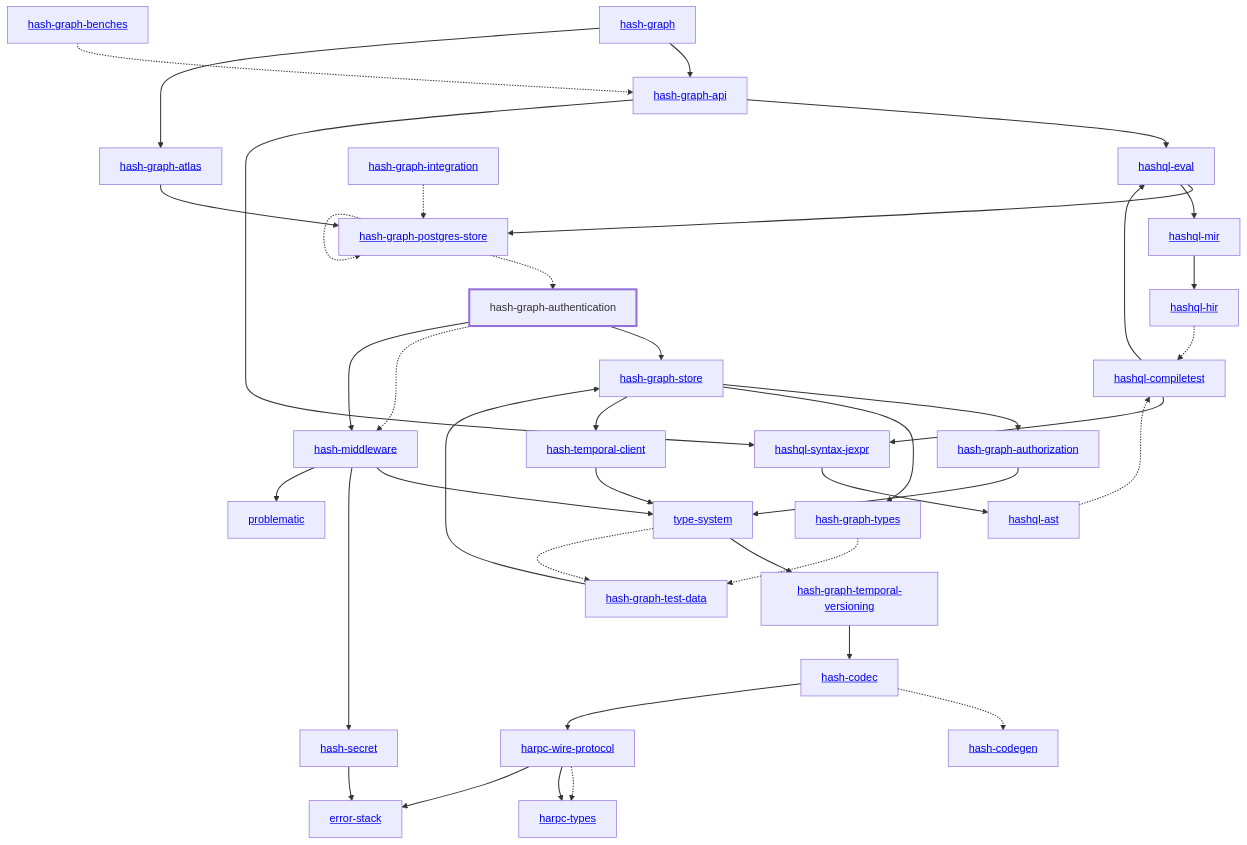
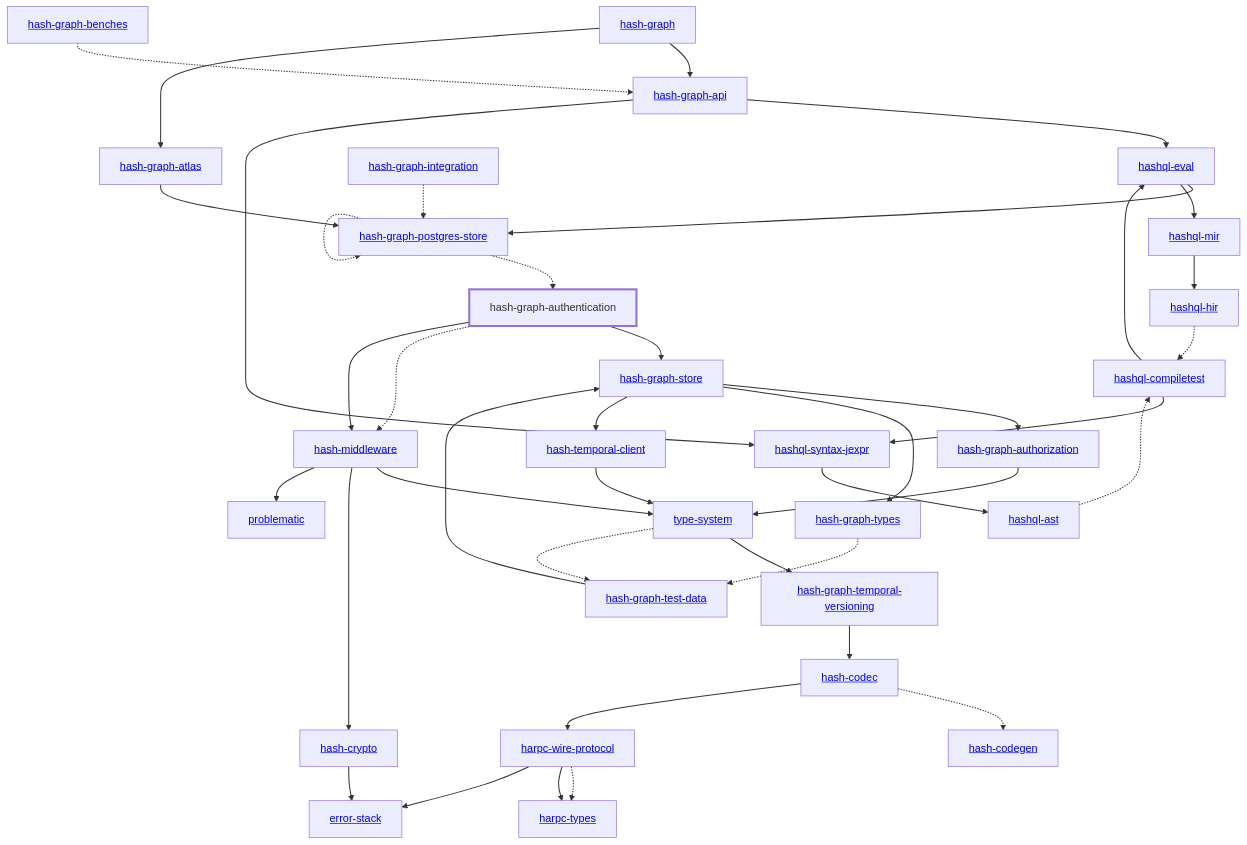
Before and after one commit to hashintel/hash: the diagram in libs/@local/graph/authentication/docs/dependency-diagram.mmd, drawn with Mermaid. The commit also changed 138 other files, not shown here.

Commit message:
Rename hash-secret to hash-crypto

```diff
--- a/libs/@local/graph/authentication/docs/dependency-diagram.mmd
+++ b/libs/@local/graph/authentication/docs/dependency-diagram.mmd
@@ -1,78 +1,78 @@
 graph TD
     linkStyle default stroke-width:1.5px
     classDef default stroke-width:1px
     classDef root stroke-width:3px
     classDef dev stroke-width:1px
     classDef build stroke-width:1px
     %% Legend
     %% --> : Normal dependency
     %% -.-> : Dev dependency
     %% ---> : Build dependency
     0[<a href="../hash_graph/index.html">hash-graph</a>]
     1[<a href="../type_system/index.html">type-system</a>]
     2[<a href="../hash_codec/index.html">hash-codec</a>]
     3[<a href="../hash_codegen/index.html">hash-codegen</a>]
-    4[<a href="../hash_graph_api/index.html">hash-graph-api</a>]
-    5[<a href="../hash_graph_atlas/index.html">hash-graph-atlas</a>]
-    6[hash-graph-authentication]
-    class 6 root
-    7[<a href="../hash_graph_authorization/index.html">hash-graph-authorization</a>]
-    8[<a href="../hash_graph_postgres_store/index.html">hash-graph-postgres-store</a>]
-    9[<a href="../hash_graph_store/index.html">hash-graph-store</a>]
-    10[<a href="../hash_graph_temporal_versioning/index.html">hash-graph-temporal-versioning</a>]
-    11[<a href="../hash_graph_types/index.html">hash-graph-types</a>]
-    12[<a href="../harpc_types/index.html">harpc-types</a>]
-    13[<a href="../harpc_wire_protocol/index.html">harpc-wire-protocol</a>]
-    14[<a href="../hashql_ast/index.html">hashql-ast</a>]
-    15[<a href="../hashql_compiletest/index.html">hashql-compiletest</a>]
-    16[<a href="../hashql_eval/index.html">hashql-eval</a>]
-    17[<a href="../hashql_hir/index.html">hashql-hir</a>]
-    18[<a href="../hashql_mir/index.html">hashql-mir</a>]
-    19[<a href="../hashql_syntax_jexpr/index.html">hashql-syntax-jexpr</a>]
-    20[<a href="../hash_middleware/index.html">hash-middleware</a>]
-    21[<a href="../hash_secret/index.html">hash-secret</a>]
+    4[<a href="../hash_crypto/index.html">hash-crypto</a>]
+    5[<a href="../hash_graph_api/index.html">hash-graph-api</a>]
+    6[<a href="../hash_graph_atlas/index.html">hash-graph-atlas</a>]
+    7[hash-graph-authentication]
+    class 7 root
+    8[<a href="../hash_graph_authorization/index.html">hash-graph-authorization</a>]
+    9[<a href="../hash_graph_postgres_store/index.html">hash-graph-postgres-store</a>]
+    10[<a href="../hash_graph_store/index.html">hash-graph-store</a>]
+    11[<a href="../hash_graph_temporal_versioning/index.html">hash-graph-temporal-versioning</a>]
+    12[<a href="../hash_graph_types/index.html">hash-graph-types</a>]
+    13[<a href="../harpc_types/index.html">harpc-types</a>]
+    14[<a href="../harpc_wire_protocol/index.html">harpc-wire-protocol</a>]
+    15[<a href="../hashql_ast/index.html">hashql-ast</a>]
+    16[<a href="../hashql_compiletest/index.html">hashql-compiletest</a>]
+    17[<a href="../hashql_eval/index.html">hashql-eval</a>]
+    18[<a href="../hashql_hir/index.html">hashql-hir</a>]
+    19[<a href="../hashql_mir/index.html">hashql-mir</a>]
+    20[<a href="../hashql_syntax_jexpr/index.html">hashql-syntax-jexpr</a>]
+    21[<a href="../hash_middleware/index.html">hash-middleware</a>]
     22[<a href="../hash_temporal_client/index.html">hash-temporal-client</a>]
     23[<a href="../error_stack/index.html">error-stack</a>]
     24[<a href="../problematic/index.html">problematic</a>]
     25[<a href="../hash_graph_benches/index.html">hash-graph-benches</a>]
     26[<a href="../hash_graph_integration/index.html">hash-graph-integration</a>]
     27[<a href="../hash_graph_test_data/index.html">hash-graph-test-data</a>]
-    0 --> 4
     0 --> 5
-    1 --> 10
+    0 --> 6
+    1 --> 11
     1 -.-> 27
     2 -.-> 3
-    2 --> 13
-    4 --> 16
-    4 --> 19
-    5 --> 8
+    2 --> 14
+    4 --> 23
+    5 --> 17
+    5 --> 20
     6 --> 9
-    6 -.-> 20
-    6 --> 20
-    7 --> 1
-    8 -.-> 6
-    8 -.-> 8
-    9 --> 7
-    9 --> 11
-    9 --> 22
-    10 --> 2
-    11 -.-> 27
-    13 -.-> 12
-    13 --> 12
-    13 --> 23
-    14 -.-> 15
-    15 --> 16
-    15 --> 19
-    16 --> 8
-    16 --> 18
-    17 -.-> 15
-    18 --> 17
-    19 --> 14
-    20 --> 1
-    20 --> 21
-    20 --> 24
-    21 --> 23
+    7 --> 10
+    7 -.-> 21
+    7 --> 21
+    8 --> 1
+    9 -.-> 7
+    9 -.-> 9
+    10 --> 8
+    10 --> 12
+    10 --> 22
+    11 --> 2
+    12 -.-> 27
+    14 -.-> 13
+    14 --> 13
+    14 --> 23
+    15 -.-> 16
+    16 --> 17
+    16 --> 20
+    17 --> 9
+    17 --> 19
+    18 -.-> 16
+    19 --> 18
+    20 --> 15
+    21 --> 1
+    21 --> 4
+    21 --> 24
     22 --> 1
-    25 -.-> 4
-    26 -.-> 8
-    27 --> 9
+    25 -.-> 5
+    26 -.-> 9
+    27 --> 10
```
